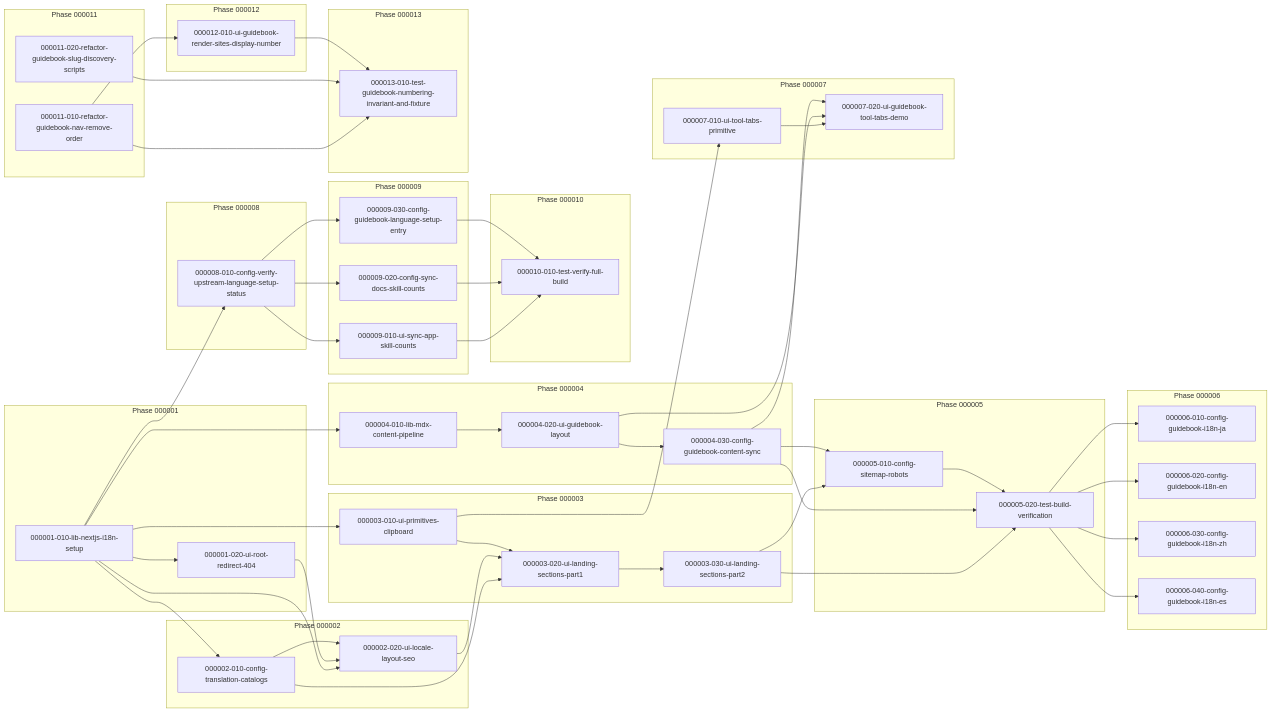
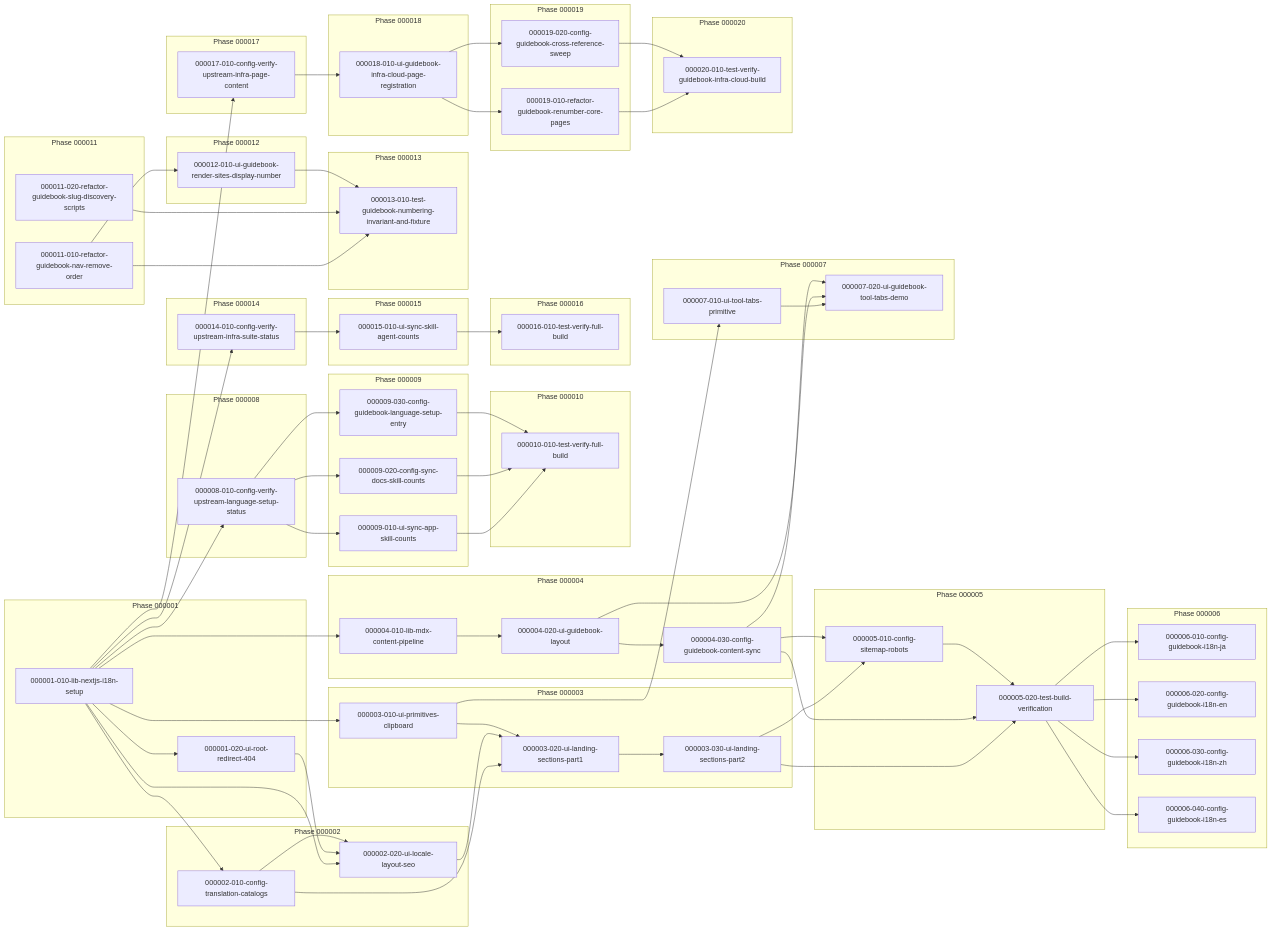
One commit to yongwoon/ywc-agent-toolkit-lp changed the diagram in tasks/dependency-graph.md. Above: the diagram before and after it, drawn with Mermaid. The commit also changed other lines of this file and 23 other files, not shown here.

First line of the commit message:
docs: add task decomposition for Phase 000014-000020 (infra-suite sync + guidebook page)

````diff
--- a/tasks/dependency-graph.md
+++ b/tasks/dependency-graph.md
@@ -168,4 +199,35 @@
     K2 --> M1
     L1 --> M1
   end
+  subgraph Phase 000014
+    N1[000014-010-config-verify-upstream-infra-suite-status]
+    A1 --> N1
+  end
+  subgraph Phase 000015
+    O1[000015-010-ui-sync-skill-agent-counts]
+    N1 --> O1
+  end
+  subgraph Phase 000016
+    P1[000016-010-test-verify-full-build]
+    O1 --> P1
+  end
+  subgraph Phase 000017
+    Q1[000017-010-config-verify-upstream-infra-page-content]
+    A1 --> Q1
+  end
+  subgraph Phase 000018
+    R1[000018-010-ui-guidebook-infra-cloud-page-registration]
+    Q1 --> R1
+  end
+  subgraph Phase 000019
+    S1[000019-010-refactor-guidebook-renumber-core-pages]
+    S2[000019-020-config-guidebook-cross-reference-sweep]
+    R1 --> S1
+    R1 --> S2
+  end
+  subgraph Phase 000020
+    T1[000020-010-test-verify-guidebook-infra-cloud-build]
+    S1 --> T1
+    S2 --> T1
+  end
 ```
````
